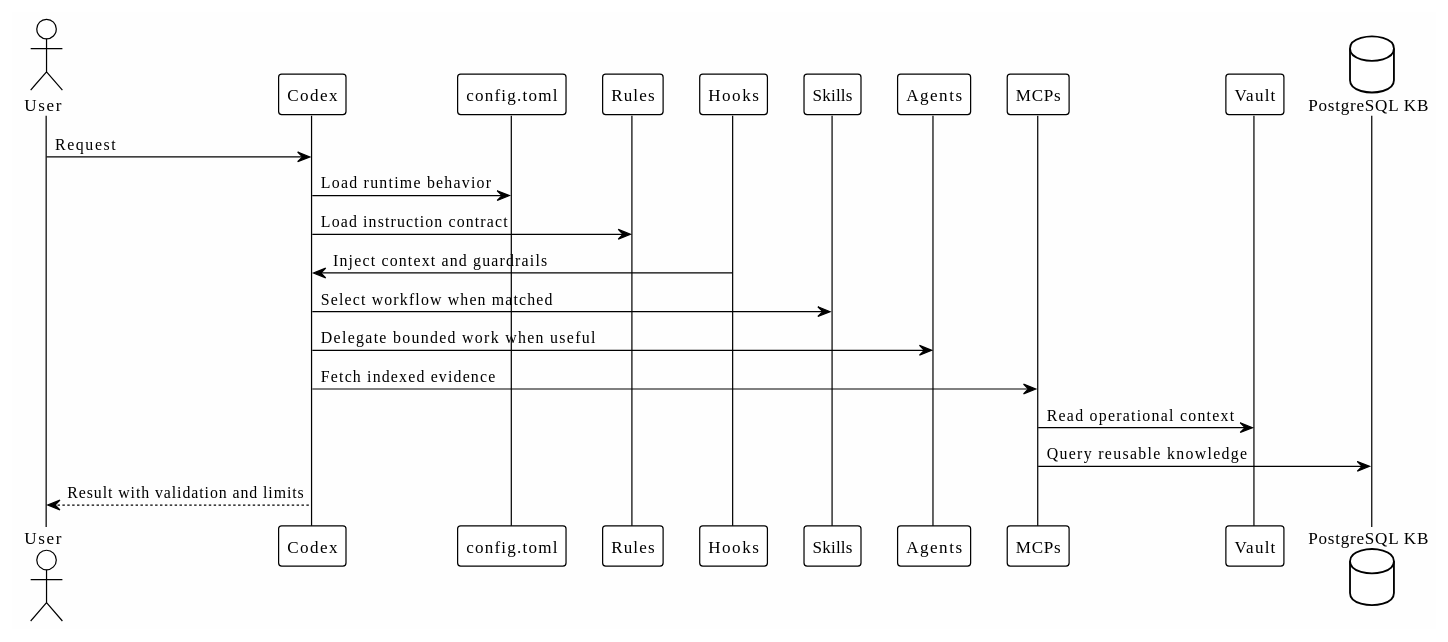
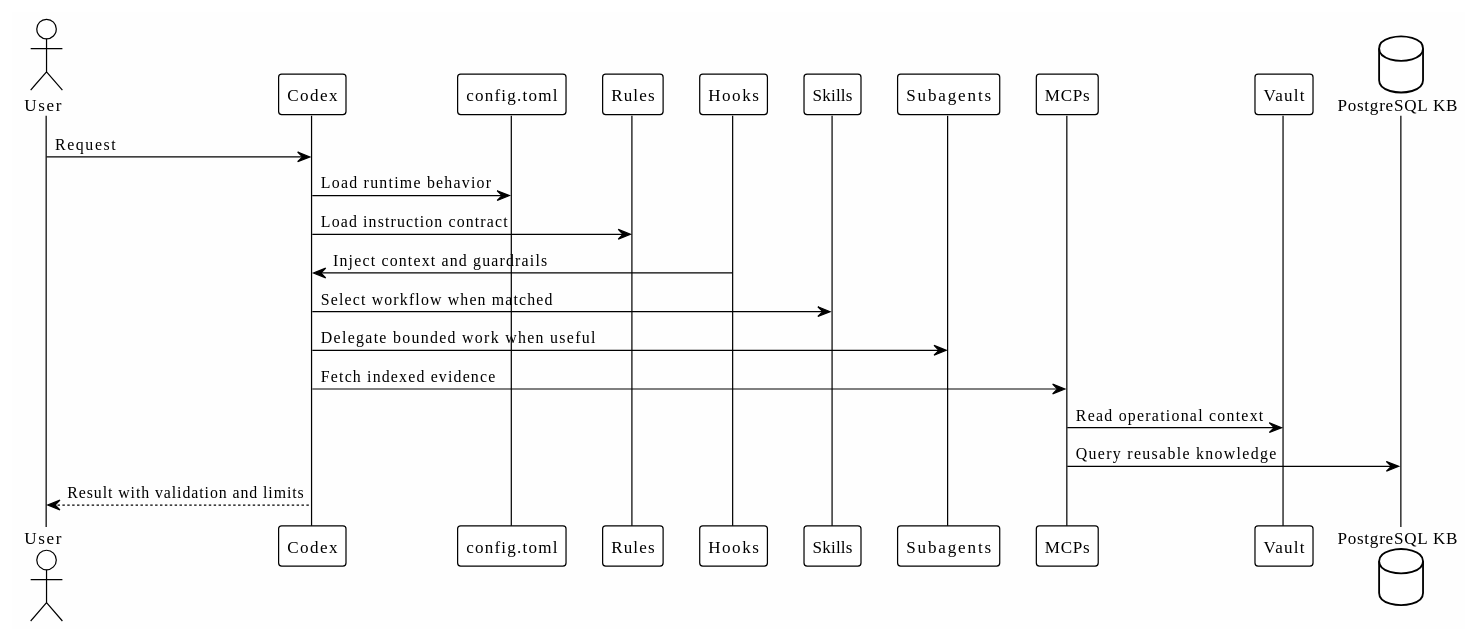
The diagram in docs/02-ecosystem-layers.md (ivanhoinacki/codex-workflow-workbook), drawn with PlantUML before and after one commit. The commit also changed other lines of this file and 23 other files, not shown here.

````diff
--- a/docs/02-ecosystem-layers.md
+++ b/docs/02-ecosystem-layers.md
@@ -40,28 +40,28 @@
 ```plantuml
 @startuml
 !theme plain
 skinparam backgroundColor #FEFEFE
 
 actor User
 participant Codex
 participant "config.toml" as Config
 participant Rules
 participant Hooks
 participant Skills
-participant Agents
+participant Subagents
 participant MCPs
 participant Vault
 database "PostgreSQL KB" as DB
 
 User -> Codex: Request
 Codex -> Config: Load runtime behavior
 Codex -> Rules: Load instruction contract
 Hooks -> Codex: Inject context and guardrails
 Codex -> Skills: Select workflow when matched
-Codex -> Agents: Delegate bounded work when useful
+Codex -> Subagents: Delegate bounded work when useful
 Codex -> MCPs: Fetch indexed evidence
 MCPs -> Vault: Read operational context
 MCPs -> DB: Query reusable knowledge
 Codex --> User: Result with validation and limits
 @enduml
 ```
````
